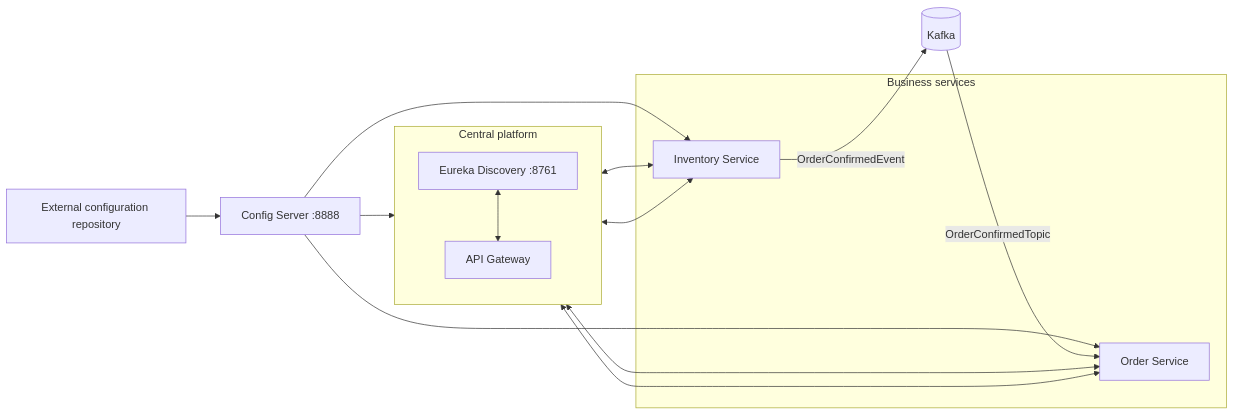
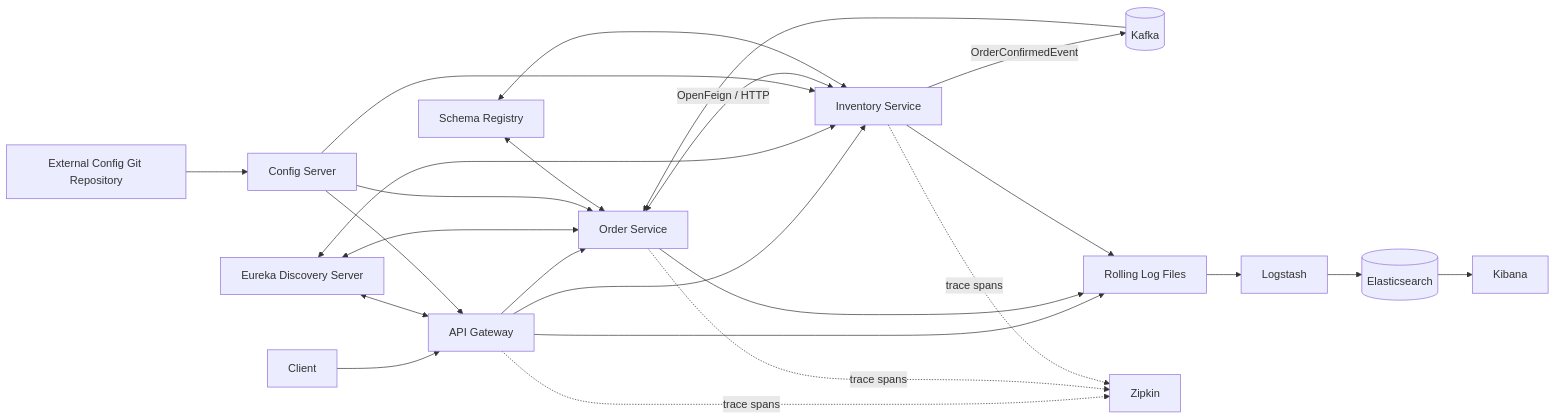
One commit to shubhgaur37/eCommerce changed the first of 2 diagrams in README.md. Above: the diagram before and after it, drawn with Mermaid. The commit also changed other lines of this file and 1 other file, not shown here.

````diff
--- a/README.md
+++ b/README.md
@@ -22,29 +18,32 @@
 ```mermaid
 flowchart LR
-    configRepo["External configuration repository"] --> configServer["Config Server :8888"]
+    client[Client] --> gateway[API Gateway]
+    gateway --> order[Order Service]
+    gateway --> inventory[Inventory Service]
 
-    subgraph platform["Central platform"]
-        direction TB
-        gateway["API Gateway"]
-        discovery["Eureka Discovery :8761"]
-    end
-
-    subgraph applications["Business services"]
-        order["Order Service"]
-        inventory["Inventory Service"]
-    end
-
-    configServer --> gateway
-    configServer --> order
-    configServer --> inventory
-
-    gateway <--> order
-    gateway <--> inventory
-    discovery <--> gateway
+    discovery[Eureka Discovery Server] <--> gateway
     discovery <--> order
     discovery <--> inventory
 
-    kafka[(Kafka)]
-    inventory -->|OrderConfirmedEvent| kafka
-    kafka -->|OrderConfirmedTopic| order
+    configRepo[External Config Git Repository] --> config[Config Server]
+    config --> gateway
+    config --> order
+    config --> inventory
+
+    order <--> |OpenFeign / HTTP| inventory
+    inventory --> |OrderConfirmedEvent| kafka[(Kafka)]
+    kafka --> order
+    schema[Schema Registry] <--> inventory
+    schema <--> order
+
+    gateway --> logs[Rolling Log Files]
+    order --> logs
+    inventory --> logs
+    logs --> logstash[Logstash]
+    logstash --> elastic[(Elasticsearch)]
+    elastic --> kibana[Kibana]
+
+    gateway -. trace spans .-> zipkin[Zipkin]
+    order -. trace spans .-> zipkin
+    inventory -. trace spans .-> zipkin
 ```
````
